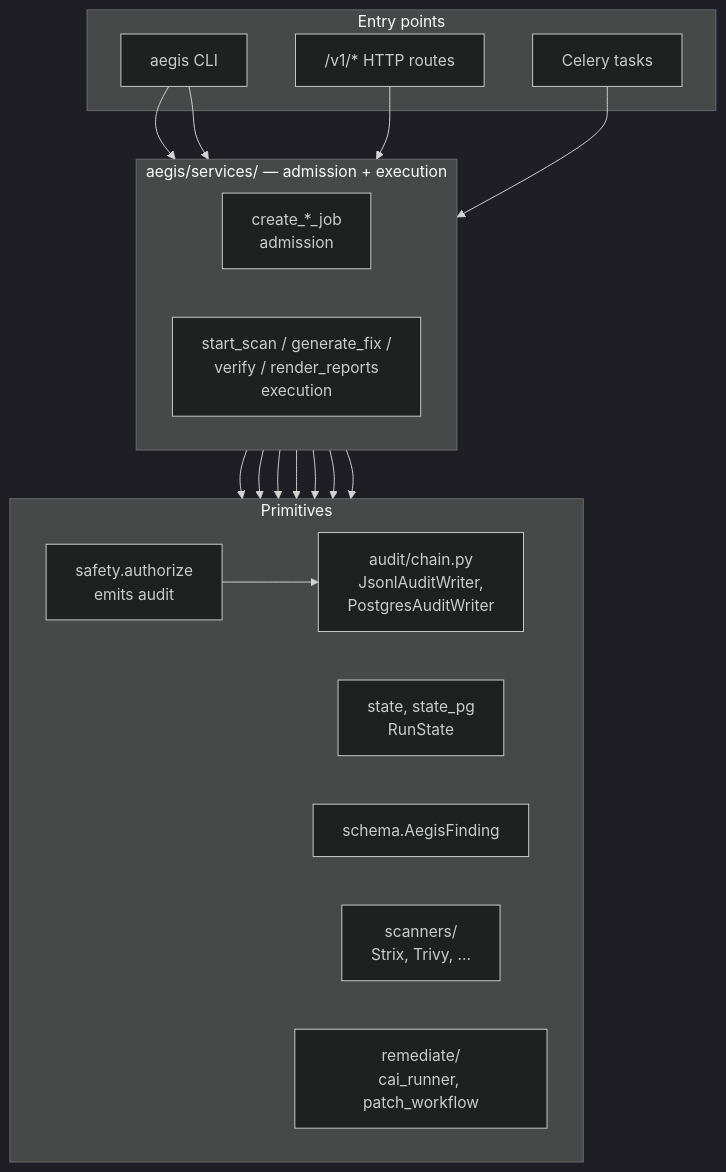
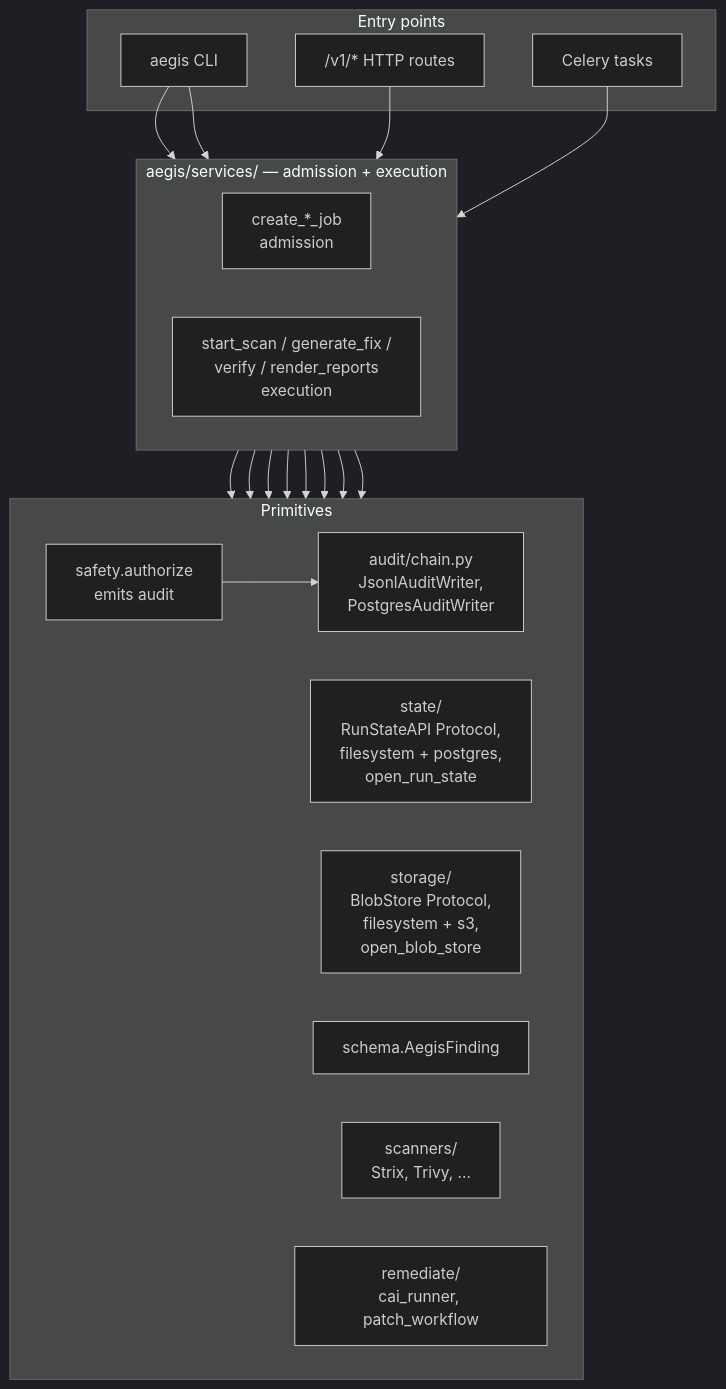
One commit to IntelliBridge/ndia-red-team-simulator changed the fifth of 6 diagrams in docs/architecture/overview.md. Above: the diagram before and after it, drawn with Mermaid (dark theme). The commit also changed other lines of this file and 69 other files, not shown here.

````diff
--- a/docs/architecture/overview.md
+++ b/docs/architecture/overview.md
@@ -244,37 +244,39 @@
 ```mermaid
 flowchart TB
   subgraph Entry["Entry points"]
     cli["aegis CLI"]
     api["/v1/* HTTP routes"]
     worker["Celery tasks"]
   end
 
   subgraph Services["aegis/services/ — admission + execution"]
     direction LR
     create["create_*_job<br/>admission"]
     execute["start_scan / generate_fix /<br/>verify / render_reports<br/>execution"]
   end
 
   subgraph Primitives["Primitives"]
     direction LR
     safety["safety.authorize<br/>emits audit"]
     chain["audit/chain.py<br/>JsonlAuditWriter,<br/>PostgresAuditWriter"]
-    state["state, state_pg<br/>RunState"]
+    state["state/<br/>RunStateAPI Protocol,<br/>filesystem + postgres,<br/>open_run_state"]
+    storage["storage/<br/>BlobStore Protocol,<br/>filesystem + s3,<br/>open_blob_store"]
     schema["schema.AegisFinding"]
     scanners["scanners/<br/>Strix, Trivy, ..."]
     remediate["remediate/<br/>cai_runner, patch_workflow"]
   end
 
   cli --> create
   cli --> execute
   api --> create
   worker --> execute
   create --> safety
   execute --> safety
   safety --> chain
   create --> state
   execute --> state
+  execute --> storage
   execute --> schema
   execute --> scanners
   execute --> remediate
 ```
````
